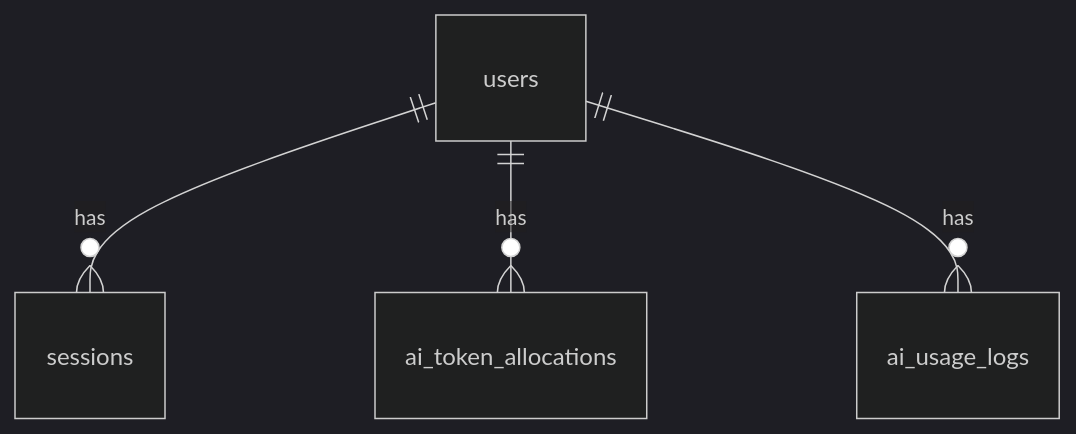
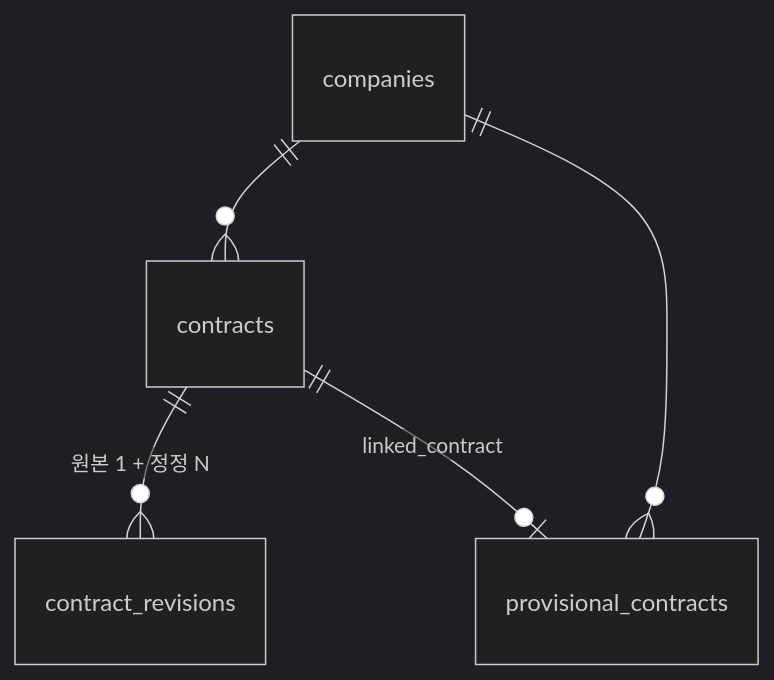
One commit to fntimes/docs changed the fourth of 4 diagrams in compass/database-schema.md. Above: the diagram before and after it, drawn with Mermaid (dark theme). The commit also changed other lines of this file and 1 other file, not shown here.

````diff
--- a/compass/database-schema.md
+++ b/compass/database-schema.md
@@ -126,6 +458,7 @@
 ```mermaid
 erDiagram
-    users ||--o{ sessions : has
-    users ||--o{ ai_token_allocations : has
-    users ||--o{ ai_usage_logs : has
+    companies ||--o{ contracts : ""
+    contracts ||--o{ contract_revisions : "원본 1 + 정정 N"
+    companies ||--o{ provisional_contracts : ""
+    contracts ||--o| provisional_contracts : "linked_contract"
 ```
````
